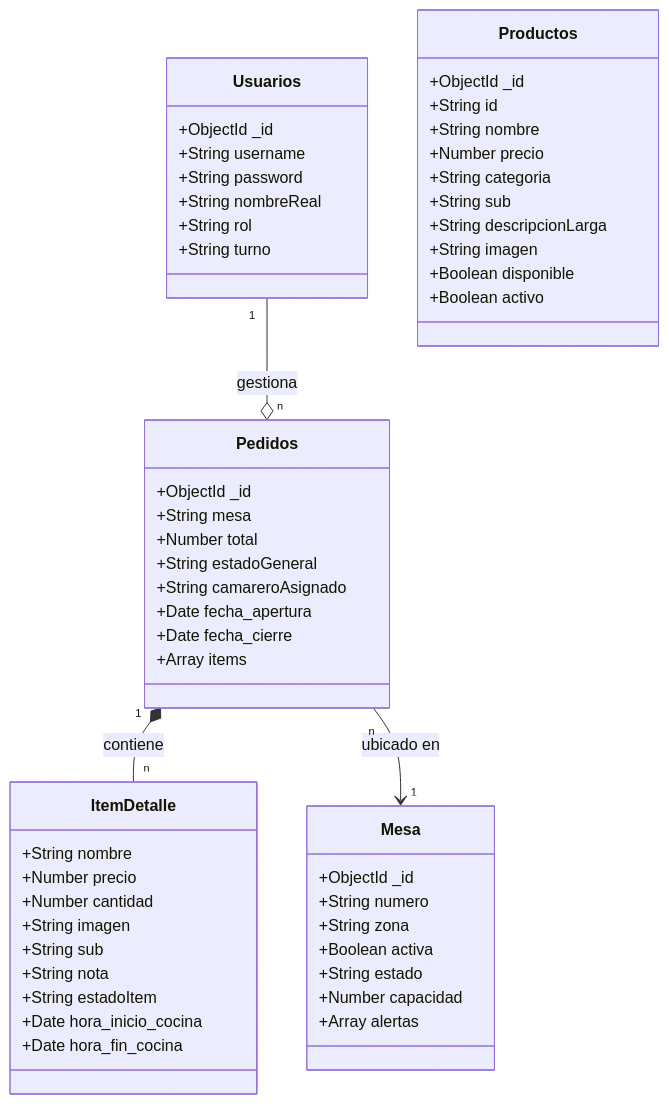
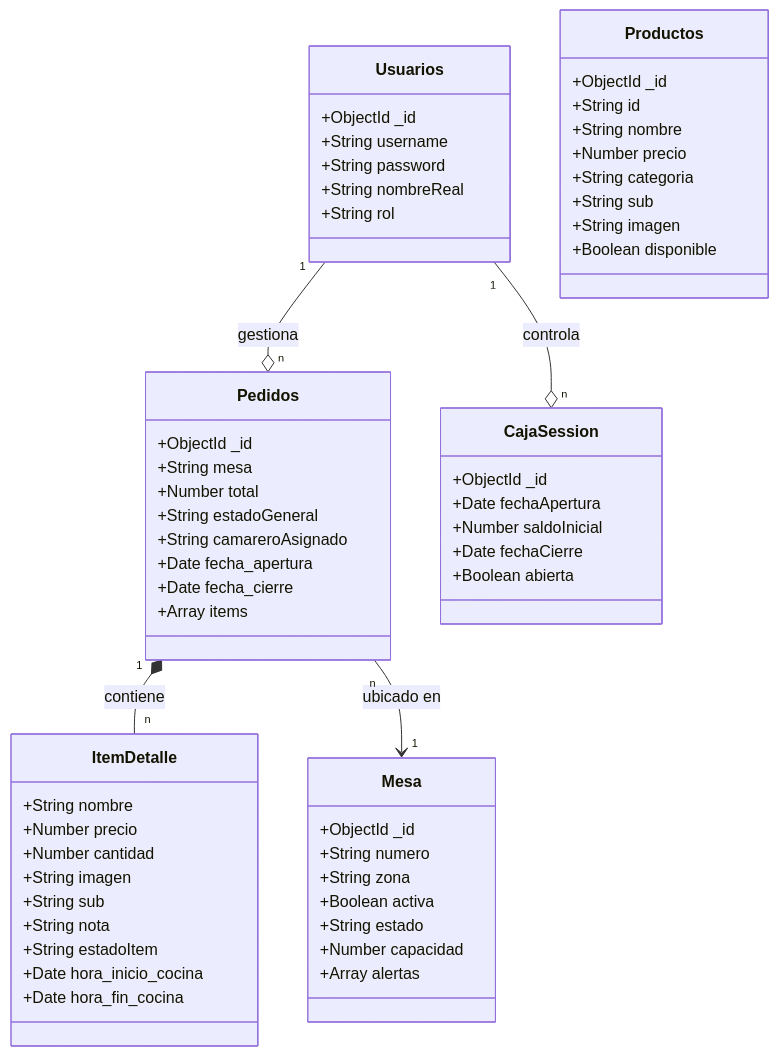
One commit to EMAXSS05/SaleroBeach changed the diagram in doc/templates/3_deseño.md. Above: the diagram before and after it, drawn with Mermaid.

Commit message:
se modificó diagrama de bd, se agregó cajaSession.

````diff
--- a/doc/templates/3_deseño.md
+++ b/doc/templates/3_deseño.md
@@ -7,62 +7,67 @@
 ```mermaid
 classDiagram
     class Usuarios {
         +ObjectId _id
         +String username
         +String password
         +String nombreReal
         +String rol
-        +String turno
     }
 
     class Productos {
         +ObjectId _id
         +String id
         +String nombre
         +Number precio
         +String categoria
         +String sub
-        +String descripcionLarga
         +String imagen
         +Boolean disponible
-        +Boolean activo
     }
 
     class Pedidos {
         +ObjectId _id
         +String mesa
         +Number total
         +String estadoGeneral
         +String camareroAsignado
         +Date fecha_apertura
         +Date fecha_cierre
         +Array items
     }
 
     class ItemDetalle {
         +String nombre
         +Number precio
         +Number cantidad
         +String imagen
         +String sub
         +String nota
         +String estadoItem
         +Date hora_inicio_cocina
         +Date hora_fin_cocina
     }
 
     class Mesa {
         +ObjectId _id
         +String numero
         +String zona
         +Boolean activa
         +String estado
         +Number capacidad
         +Array alertas
     }
+    class CajaSession {
+        +ObjectId _id
+        +Date fechaApertura
+        +Number saldoInicial
+        +Date fechaCierre
+        +Boolean abierta
+    }
 
     %% Relaciones
     Pedidos "1" *-- "n" ItemDetalle : contiene
     Usuarios "1" --o "n" Pedidos : gestiona
     Pedidos "n" --> "1" Mesa : ubicado en
+    Usuarios "1" --o "n" CajaSession : controla
 ```
````
